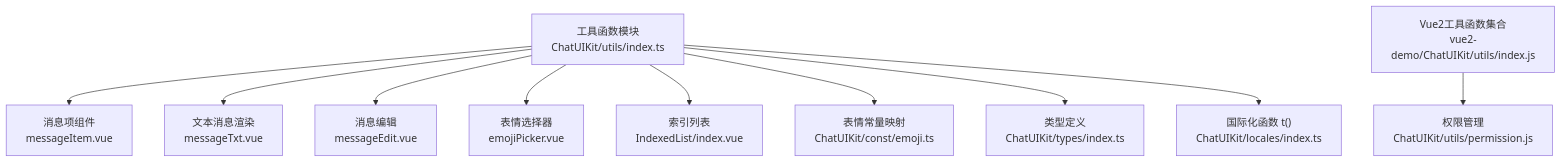
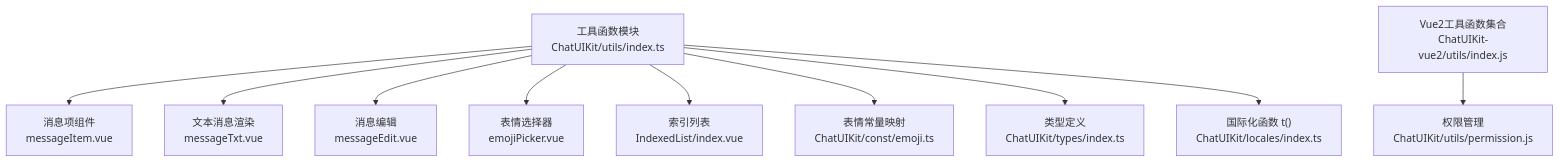
Before and after one commit to Easemob-Community/easemob-uikit-uniapp-community: the first of 11 diagrams in .qoder/repowiki/zh/content/工具函数和常量/通用工具函数.md, drawn with Mermaid. The commit also changed other lines of this file and 10 other files, not shown here.

````diff
--- a/.qoder/repowiki/zh/content/工具函数和常量/通用工具函数.md
+++ b/.qoder/repowiki/zh/content/工具函数和常量/通用工具函数.md
@@ -64,23 +66,23 @@
 ```mermaid
 graph TB
 Utils["工具函数模块<br/>ChatUIKit/utils/index.ts"]
-Vue2Utils["Vue2工具函数集合<br/>vue2-demo/ChatUIKit/utils/index.js"]
+Vue2Utils["Vue2工具函数集合<br/>ChatUIKit-vue2/utils/index.js"]
 Emoji["表情常量映射<br/>ChatUIKit/const/emoji.ts"]
 Types["类型定义<br/>ChatUIKit/types/index.ts"]
 I18N["国际化函数 t()<br/>ChatUIKit/locales/index.ts"]
 Permission["权限管理<br/>ChatUIKit/utils/permission.js"]
 MsgItem["消息项组件<br/>messageItem.vue"]
 MsgTxt["文本消息渲染<br/>messageTxt.vue"]
 Edit["消息编辑<br/>messageEdit.vue"]
 Picker["表情选择器<br/>emojiPicker.vue"]
 IndexList["索引列表<br/>IndexedList/index.vue"]
 Utils --> MsgItem
 Utils --> MsgTxt
 Utils --> Edit
 Utils --> Picker
 Utils --> IndexList
 Utils --> Emoji
 Utils --> Types
 Utils --> I18N
 Vue2Utils --> Permission
 ```
````
